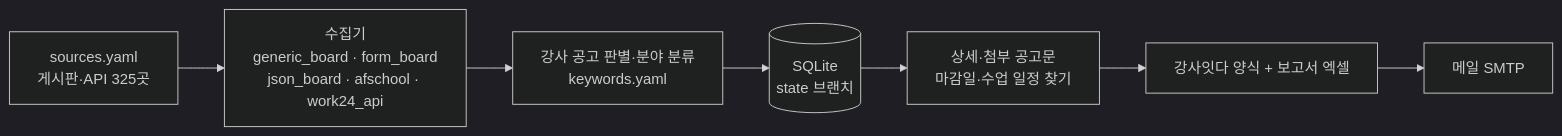
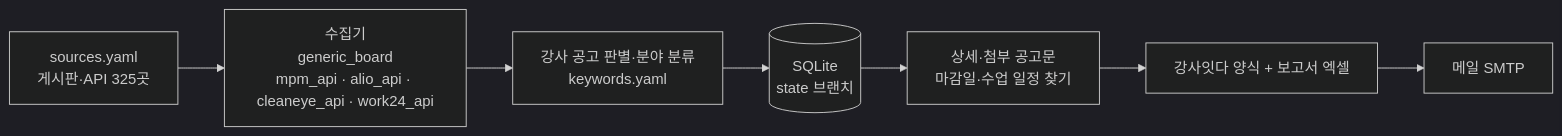
The diagram in docs/DESIGN.md (thskal17-sudo/busan-school-company), drawn with Mermaid (dark theme) before and after one commit. The commit also changed other lines of this file and 11 other files, not shown here.

````diff
--- a/docs/DESIGN.md
+++ b/docs/DESIGN.md
@@ -29,9 +32,9 @@
 ```mermaid
 flowchart LR
-    S[sources.yaml<br/>게시판·API 325곳] --> C[수집기<br/>generic_board · form_board<br/>json_board · afschool · work24_api]
+    S[sources.yaml<br/>게시판·API 325곳] --> C[수집기<br/>generic_board<br/>mpm_api · alio_api · cleaneye_api · work24_api]
     C --> F[강사 공고 판별·분야 분류<br/>keywords.yaml]
     F --> D[(SQLite<br/>state 브랜치)]
     D --> I[상세·첨부 공고문<br/>마감일·수업 일정 찾기]
     I --> X[강사잇다 양식 + 보고서 엑셀]
     X --> M[메일 SMTP]
 ```
````
